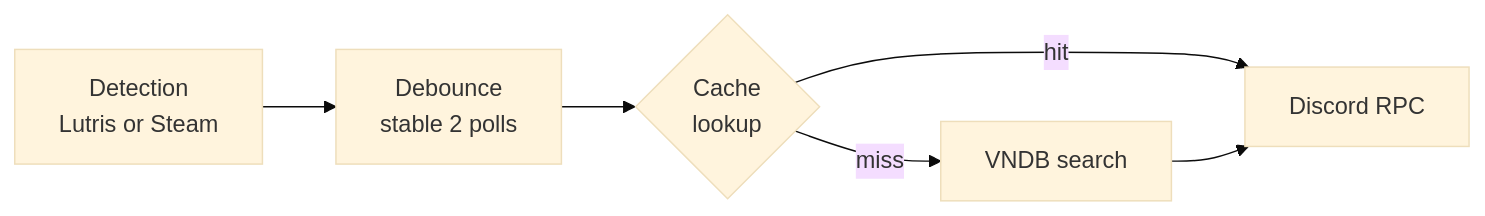
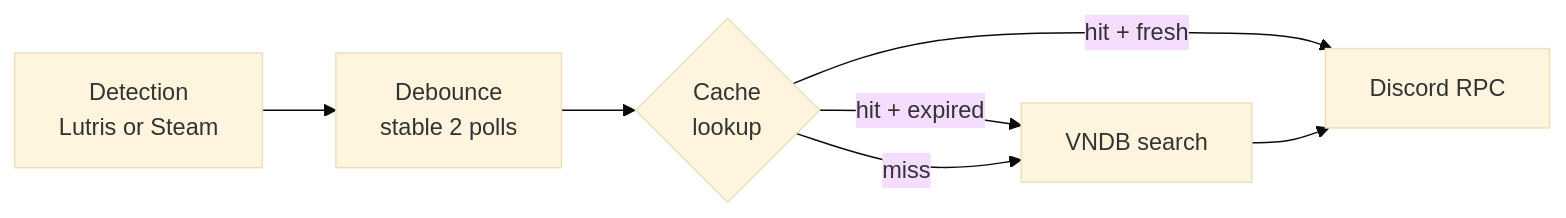
One commit to jayng9663/VN-Presence changed the first of 5 diagrams in README.md. Above: the diagram before and after it, drawn with Mermaid (base theme). The commit also changed other lines of this file, not shown here.

Commit message:
docs: update cache TTL section and flowcharts

````diff
--- a/README.md
+++ b/README.md
@@ -42,8 +42,9 @@
 ```mermaid
 flowchart LR
     A[Detection\nLutris or Steam] --> B[Debounce\nstable 2 polls]
     B --> C{Cache\nlookup}
-    C -- hit --> E[Discord RPC]
-    C -- miss --> D[VNDB search]
+    C -- hit + fresh --> E[Discord RPC]
+    C -- hit + expired --> D[VNDB search]
+    C -- miss --> D
     D --> E
 ```
````
